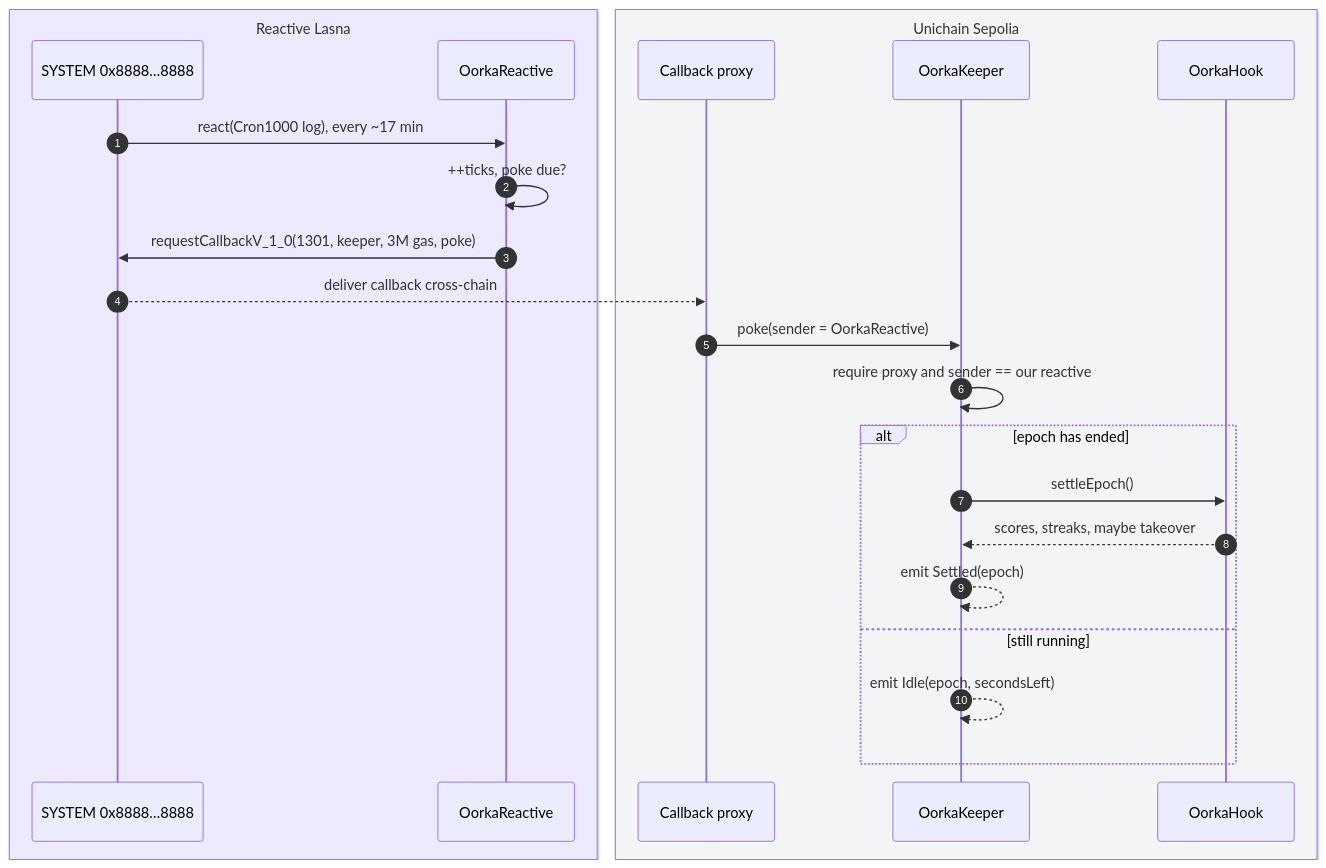
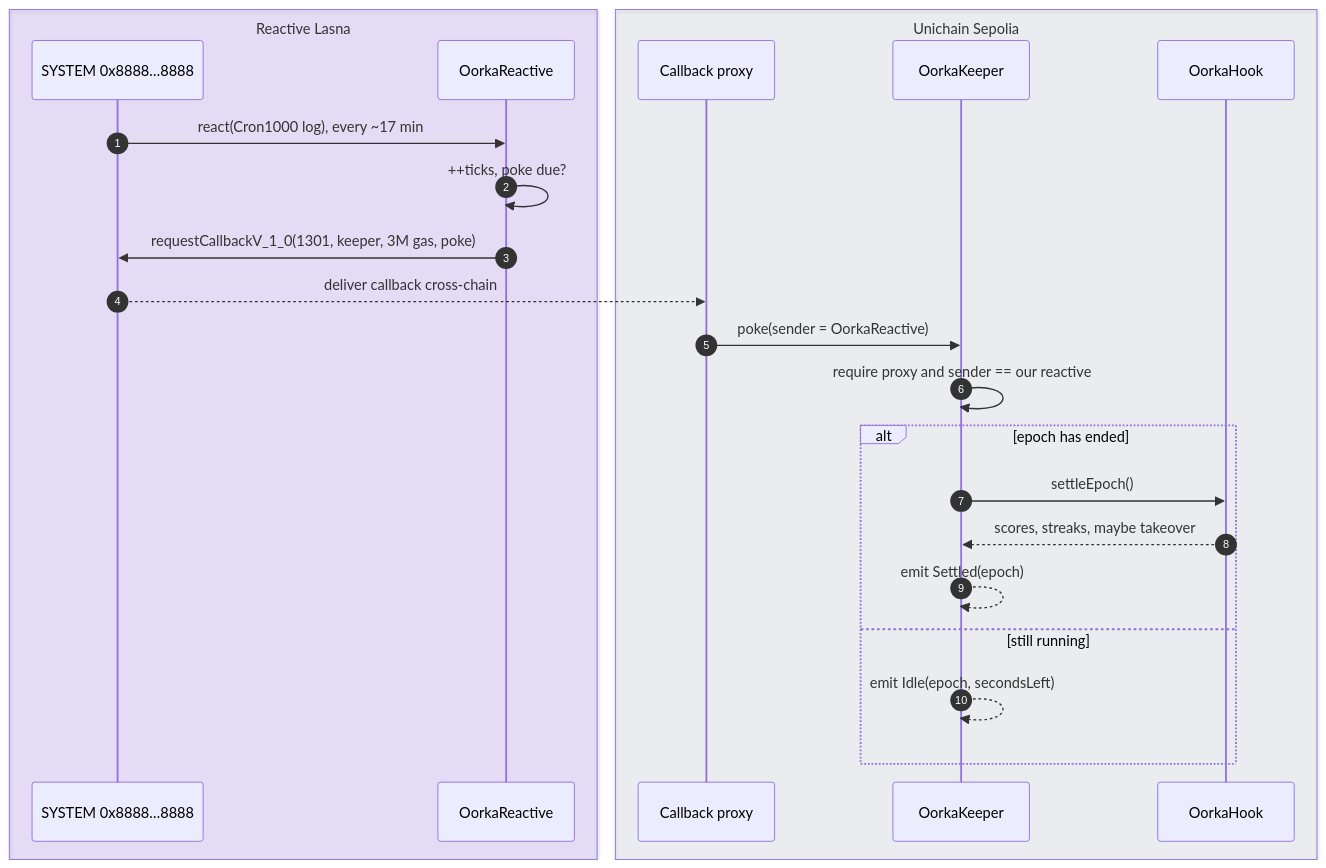
The third of 5 diagrams in README.md (debojyoti10CC/oorka), drawn with Mermaid before and after one commit. The commit also changed 2 other files, not shown here.

Commit message:
docs: translucent sequence-diagram boxes so text stays readable in dark mode

````diff
--- a/README.md
+++ b/README.md
@@ -161,26 +161,26 @@
 ```mermaid
 sequenceDiagram
     autonumber
-    box rgb(237,233,254) Reactive Lasna
+    box rgba(124,58,237,0.14) Reactive Lasna
         participant S as SYSTEM 0x8888…8888
         participant R as OorkaReactive
     end
-    box rgb(243,244,246) Unichain Sepolia
+    box rgba(148,163,184,0.12) Unichain Sepolia
         participant P as Callback proxy
         participant K as OorkaKeeper
         participant H as OorkaHook
     end
     S->>R: react(Cron1000 log), every ~17 min
     R->>R: ++ticks, poke due?
     R->>S: requestCallbackV_1_0(1301, keeper, 3M gas, poke)
     S-->>P: deliver callback cross-chain
     P->>K: poke(sender = OorkaReactive)
     K->>K: require proxy and sender == our reactive
     alt epoch has ended
         K->>H: settleEpoch()
         H-->>K: scores, streaks, maybe takeover
         K-->>K: emit Settled(epoch)
     else still running
         K-->>K: emit Idle(epoch, secondsLeft)
     end
 ```
````
